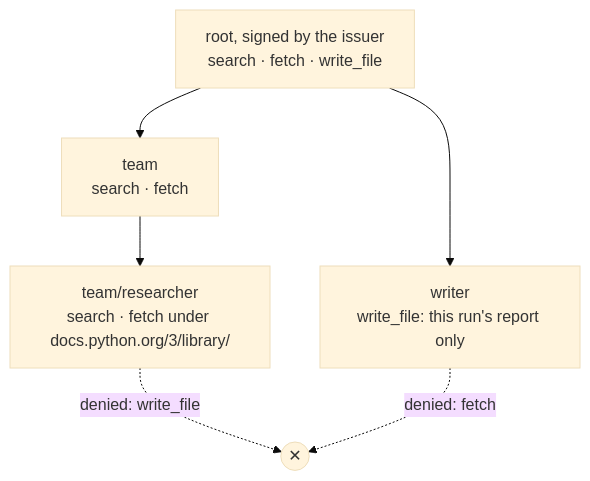
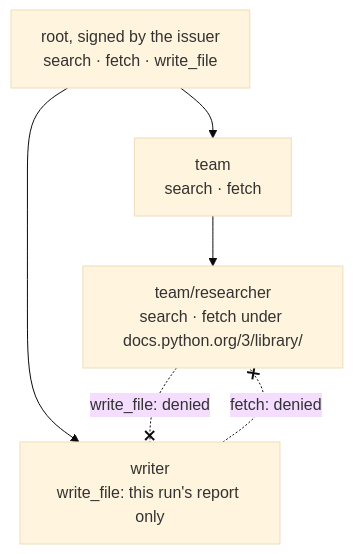
The second of 2 diagrams in README.md (RajanChavada/warrantgen), drawn with Mermaid (base theme) before and after one commit. The commit also changed other lines of this file, not shown here.

Commit message:
README: top-down pipeline, sibling denials as crossed edges

````diff
--- a/README.md
+++ b/README.md
@@ -53,9 +53,9 @@
 ```mermaid
 flowchart TD
     R["root, signed by the issuer<br/>search · fetch · write_file"]
     R --> T["team<br/>search · fetch"]
     T --> S["team/researcher<br/>search · fetch under docs.python.org/3/library/"]
     R --> W["writer<br/>write_file: this run's report only"]
-    S -. "denied: write_file" .-> X(("✕"))
-    W -. "denied: fetch" .-> X
+    S -. "write_file: denied" .-x W
+    W -. "fetch: denied" .-x S
 ```
````
